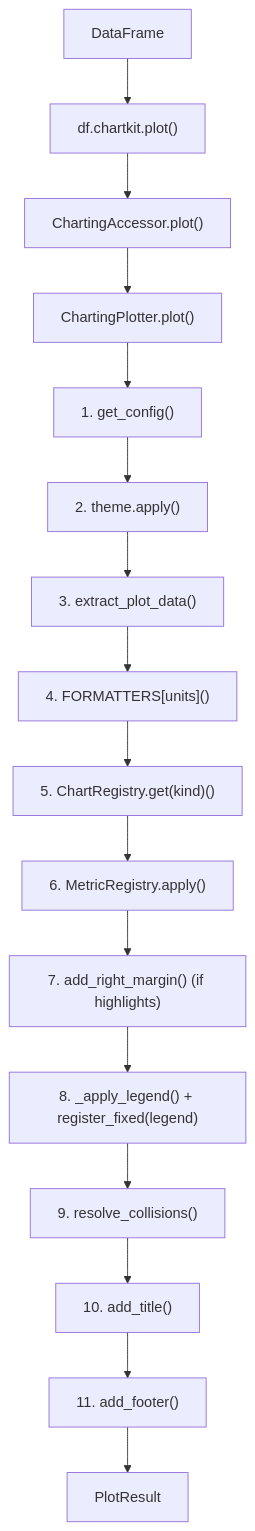
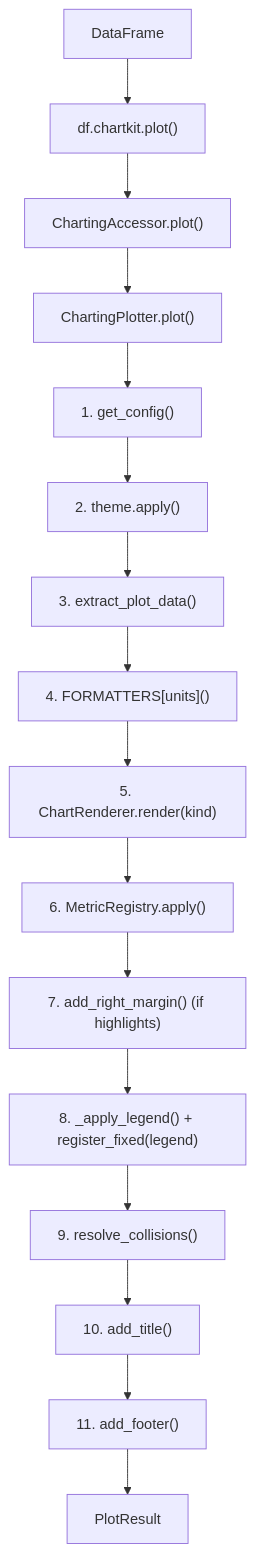
One commit to enzoomoreira/chartkit changed the diagram in docs/contributing/architecture.md. Above: the diagram before and after it, drawn with Mermaid. The commit also changed other lines of this file and 19 other files, not shown here.

First line of the commit message:
refactor(charts): replace ChartRegistry with generic ChartRenderer

````diff
--- a/docs/contributing/architecture.md
+++ b/docs/contributing/architecture.md
@@ -91,19 +91,19 @@
 ```mermaid
 flowchart TD
     A[DataFrame] --> B["df.chartkit.plot()"]
     B --> C["ChartingAccessor.plot()"]
     C --> D["ChartingPlotter.plot()"]
 
     D --> D1["1. get_config()"]
     D1 --> D2["2. theme.apply()"]
     D2 --> D3["3. extract_plot_data()"]
     D3 --> D4["4. FORMATTERS[units]()"]
-    D4 --> D5["5. ChartRegistry.get(kind)()"]
+    D4 --> D5["5. ChartRenderer.render(kind)"]
     D5 --> D6["6. MetricRegistry.apply()"]
     D6 --> D6a["7. add_right_margin() (if highlights)"]
     D6a --> D6b["8. _apply_legend() + register_fixed(legend)"]
     D6b --> D7["9. resolve_collisions()"]
     D7 --> D8["10. add_title()"]
     D8 --> D9["11. add_footer()"]
     D9 --> E["PlotResult"]
 ```
````
